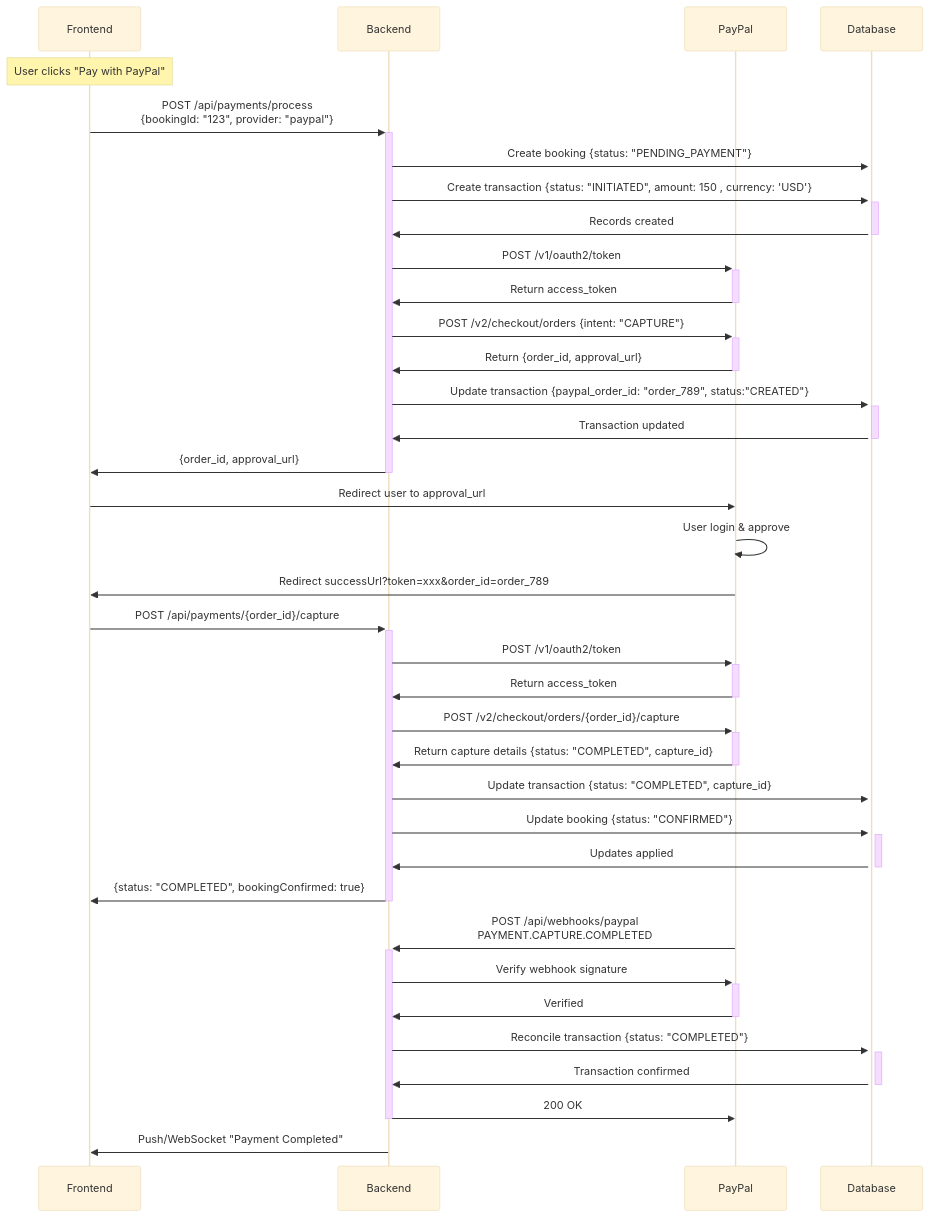
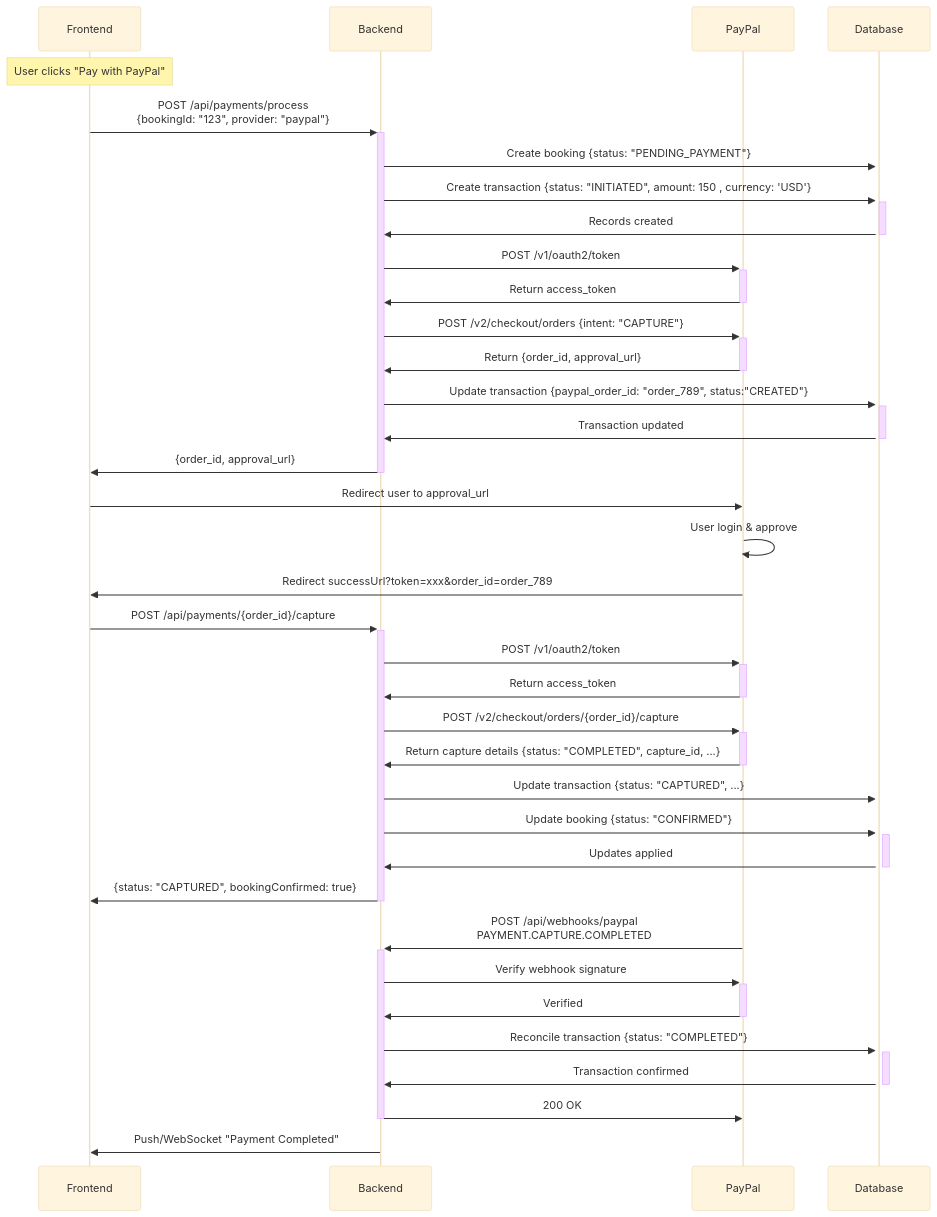
Before and after one commit to randa-magdy/booking-platform-doc: the diagram in diagrams/payment-success-case.mmd, drawn with Mermaid (base theme).

Commit message:
Update payment success case details in diagram

```diff
--- a/diagrams/payment-success-case.mmd
+++ b/diagrams/payment-success-case.mmd
@@ -1,52 +1,52 @@
 sequenceDiagram
     participant FE as Frontend
     participant BE as Backend
     participant PP as PayPal
     participant DB as Database
     
     Note over FE: User clicks "Pay with PayPal"
     
     %% Phase 1: Payment Request
     FE->>+BE: POST /api/payments/process<br/>{bookingId: "123", provider: "paypal"}
     BE->>+DB: Create booking {status: "PENDING_PAYMENT"}
     BE->>+DB: Create transaction {status: "INITIATED", amount: 150 , currency: 'USD'}
     DB->>-BE: Records created
     
     BE->>+PP: POST /v1/oauth2/token
     PP->>-BE: Return access_token
     
     BE->>+PP: POST /v2/checkout/orders {intent: "CAPTURE"}
     PP->>-BE: Return {order_id, approval_url}
     
     BE->>+DB: Update transaction {paypal_order_id: "order_789", status:"CREATED"}
     DB->>-BE: Transaction updated
     
     BE->>-FE: {order_id, approval_url}
     
     %% Phase 2: User Approval
     FE->>PP: Redirect user to approval_url
     PP->>PP: User login & approve
     PP->>FE: Redirect successUrl?token=xxx&order_id=order_789
     
     %% Phase 2.5: Capture
     FE->>+BE: POST /api/payments/{order_id}/capture
     BE->>+PP: POST /v1/oauth2/token
     PP->>-BE: Return access_token
     BE->>+PP: POST /v2/checkout/orders/{order_id}/capture
-    PP->>-BE: Return capture details {status: "COMPLETED", capture_id}
+    PP->>-BE: Return capture details {status: "COMPLETED", capture_id, ...}
     
-    BE->>+DB: Update transaction {status: "COMPLETED", capture_id}
+    BE->>+DB: Update transaction {status: "CAPTURED", ...}
     BE->>+DB: Update booking {status: "CONFIRMED"}
     DB->>-BE: Updates applied
-    BE->>-FE: {status: "COMPLETED", bookingConfirmed: true}
+    BE->>-FE: {status: "CAPTURED", bookingConfirmed: true}
     
     %% Phase 3: Webhook
     PP->>+BE: POST /api/webhooks/paypal<br/>PAYMENT.CAPTURE.COMPLETED
     BE->>+PP: Verify webhook signature
     PP->>-BE: Verified
     BE->>+DB: Reconcile transaction {status: "COMPLETED"}
     DB->>-BE: Transaction confirmed
     BE->>-PP: 200 OK
     
     %% Optional Notify
     BE->>FE: Push/WebSocket "Payment Completed"
```
